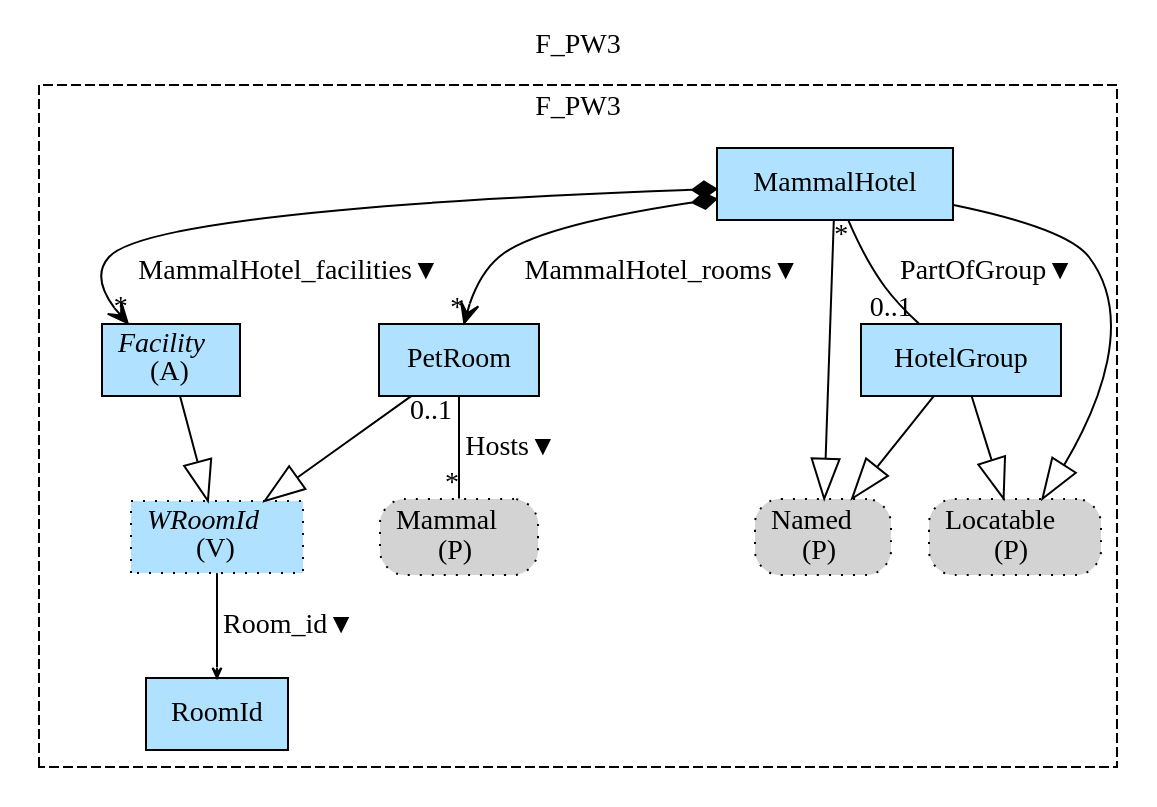
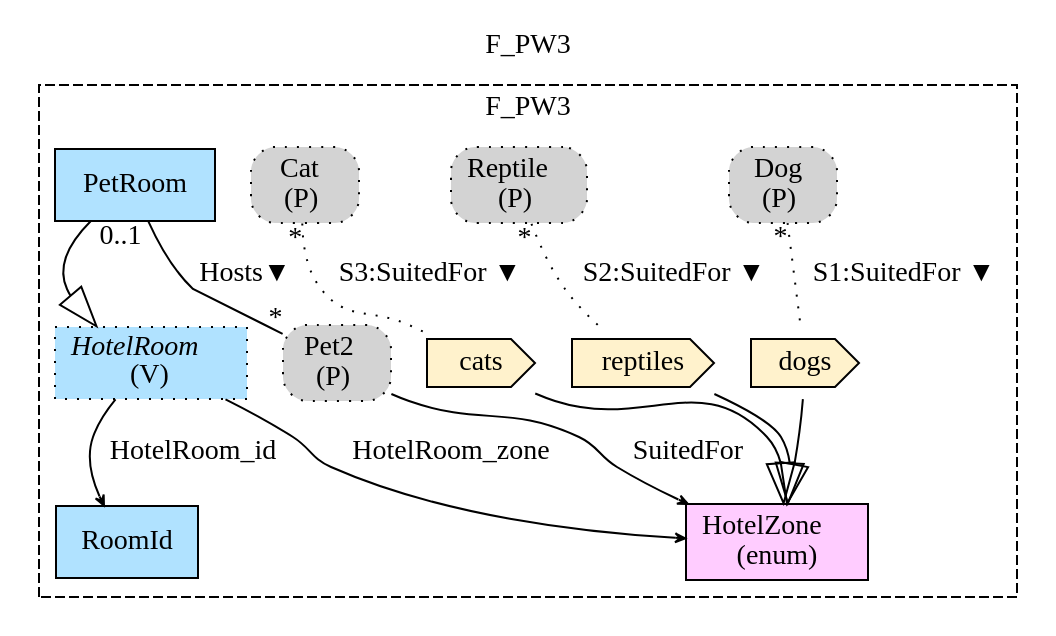
The diagram in Haskell/FragmentaTests/PetsWorld/img/F_PW3.gv (namalio/Fragmenta), drawn with Graphviz before and after one commit. The commit also changed 39 other files, not shown here.

```diff
--- a/Haskell/FragmentaTests/PetsWorld/img/F_PW3.gv
+++ b/Haskell/FragmentaTests/PetsWorld/img/F_PW3.gv
@@ -1,29 +1,32 @@
 digraph {graph[label=F_PW3,labelloc=tl,labelfontsize=12];
 subgraph cluster_F_PW3{style=dashed;label=F_PW3;
-"PMammal"[shape=box,fillcolor=lightgray,style ="rounded,filled,dotted",label=<Mammal<br/>(P)>];
+"PPet2"[shape=box,fillcolor=lightgray,style ="rounded,filled,dotted",label=<Pet2<br/>(P)>];
 "RoomId"[shape=record,fillcolor=lightskyblue1,style = filled,label="RoomId"];
+"HotelZone"[shape=record,fillcolor="#FFCCFF",style = filled,label="HotelZone\l(enum)"];
+"PDog"[shape=box,fillcolor=lightgray,style ="rounded,filled,dotted",label=<Dog<br/>(P)>];
+"dogs"[shape=cds,fillcolor="#FFF2CC",style = filled,label="dogs"];
+"PReptile"[shape=box,fillcolor=lightgray,style ="rounded,filled,dotted",label=<Reptile<br/>(P)>];
+"reptiles"[shape=cds,fillcolor="#FFF2CC",style = filled,label="reptiles"];
+"PCat"[shape=box,fillcolor=lightgray,style ="rounded,filled,dotted",label=<Cat<br/>(P)>];
+"cats"[shape=cds,fillcolor="#FFF2CC",style = filled,label="cats"];
 "PetRoom"[shape=record,fillcolor=lightskyblue1,style = filled,label="PetRoom"];
-"Facility"[shape=record,fillcolor=lightskyblue1,style = filled,label=<{<I>Facility</I><br/>(A)}>];
-"WRoomId"[shape=record,fillcolor=lightskyblue1,style ="filled,dotted",label=<{<I>WRoomId</I><br/>(V)}>];
-"PNamed"[shape=box,fillcolor=lightgray,style ="rounded,filled,dotted",label=<Named<br/>(P)>];
-"PLocatable"[shape=box,fillcolor=lightgray,style ="rounded,filled,dotted",label=<Locatable<br/>(P)>];
-"MammalHotel"[shape=record,fillcolor=lightskyblue1,style = filled,label="MammalHotel"];
-"HotelGroup"[shape=record,fillcolor=lightskyblue1,style = filled,label="HotelGroup"];
+"HotelRoom"[shape=record,fillcolor=lightskyblue1,style ="filled,dotted",label=<{<I>HotelRoom</I><br/>(V)}>];
 
-"MammalHotel"->"PetRoom"[label="MammalHotel_rooms▼",arrowhead=vee,arrowtail=diamond,dir=both,headlabel="*"];
-"MammalHotel"->"Facility"[label="MammalHotel_facilities▼",arrowhead=vee,arrowtail=diamond,dir=both,headlabel="*"];
-"PetRoom"->"PMammal"[label="Hosts▼",dir=none,taillabel="0..1",headlabel="*"];
-"WRoomId"->"RoomId"[label="Room_id▼",arrowhead=vee,headlabel="",arrowsize=.5];
-"MammalHotel"->"PNamed"[arrowhead=onormal,arrowsize=2.0];
-"MammalHotel"->"PLocatable"[arrowhead=onormal,arrowsize=2.0];
-"PetRoom"->"WRoomId"[arrowhead=onormal,arrowsize=2.0];
-"Facility"->"WRoomId"[arrowhead=onormal,arrowsize=2.0];
-"HotelGroup"->"PNamed"[arrowhead=onormal,arrowsize=2.0];
-"HotelGroup"->"PLocatable"[arrowhead=onormal,arrowsize=2.0];
-"MammalHotel"->"HotelGroup"[label="PartOfGroup▼",dir=none,taillabel="*",headlabel="0..1"];
+"dogs"->"HotelZone"[arrowhead=onormal,arrowsize=2.0];
+"reptiles"->"HotelZone"[arrowhead=onormal,arrowsize=2.0];
+"cats"->"HotelZone"[arrowhead=onormal,arrowsize=2.0];
+"PetRoom"->"PPet2"[label="Hosts▼",dir=none,taillabel="0..1",headlabel="*"];
+"PPet2"->"HotelZone"[label="SuitedFor",arrowhead=vee,headlabel="",arrowsize=.5];
+"HotelRoom"->"RoomId"[label="HotelRoom_id",arrowhead=vee,headlabel="",arrowsize=.5];
+"HotelRoom"->"HotelZone"[label="HotelRoom_zone",arrowhead=vee,headlabel="",arrowsize=.5];
+"PDog"->"dogs"[label="S1:SuitedFor ▼",dir=none,taillabel="*",headlabel="",style=dotted];
+"PReptile"->"reptiles"[label="S2:SuitedFor ▼",dir=none,taillabel="*",headlabel="",style=dotted];
+"PCat"->"cats"[label="S3:SuitedFor ▼",dir=none,taillabel="*",headlabel="",style=dotted];
+"PetRoom"->"HotelRoom"[arrowhead=onormal,arrowsize=2.0];
 
 }
 
 
 
+
 }
```
